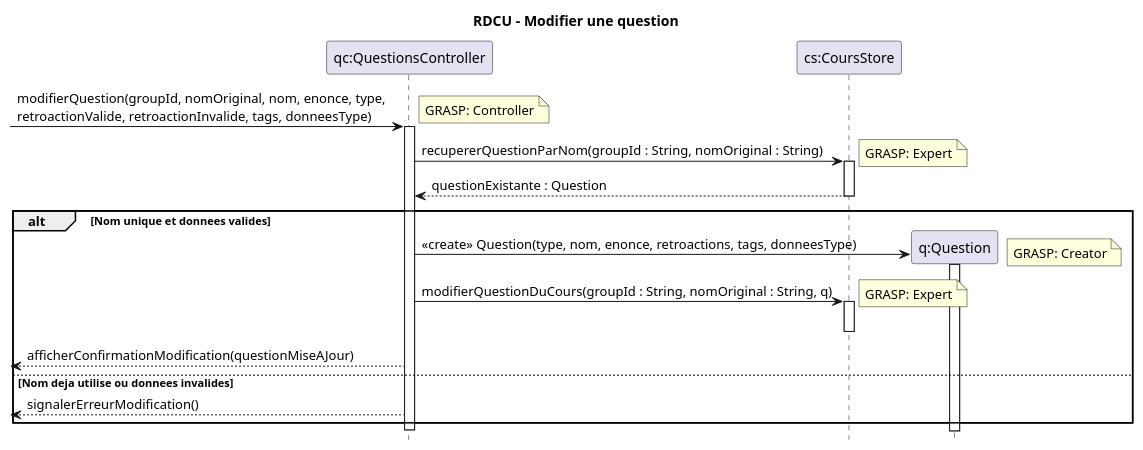
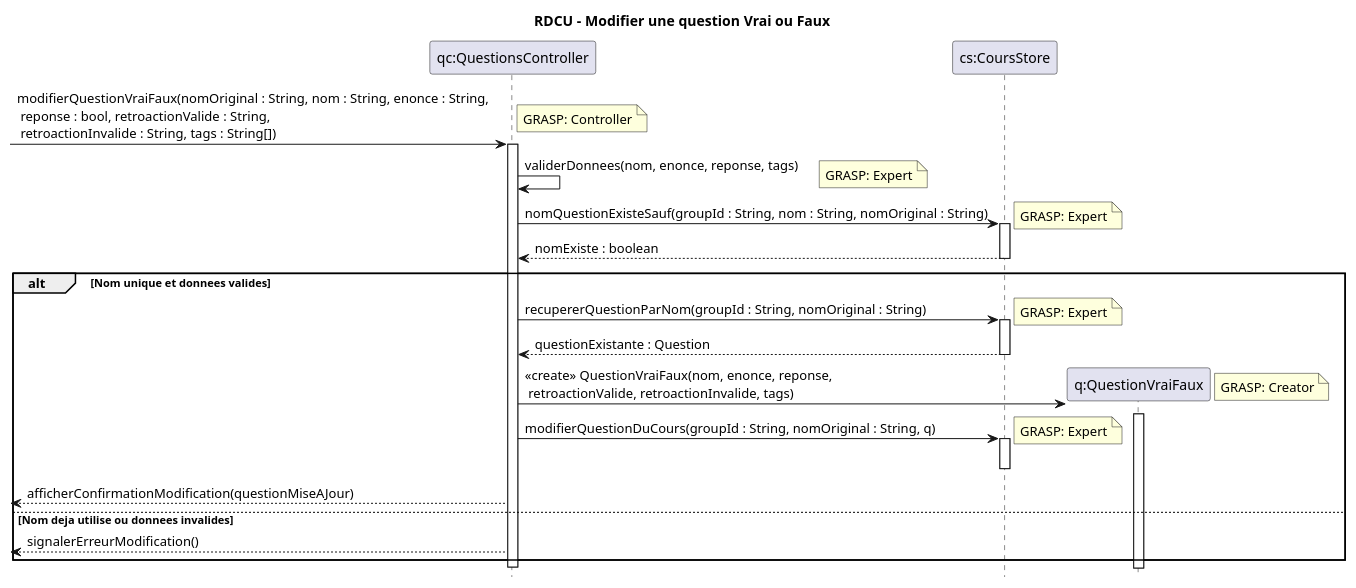
Before and after one commit to xMrYahya/moodle-clone: the diagram in docs/modeles/cu02/rdcu-modifier-question.puml, drawn with PlantUML. The commit also changed 1 other file, not shown here.

Commit message:
Mise à jour des RDCU Modifier et Supprimer Question

```diff
--- a/docs/modeles/cu02/rdcu-modifier-question.puml
+++ b/docs/modeles/cu02/rdcu-modifier-question.puml
@@ -1,38 +1,47 @@
 @startuml
 hide footbox
-title RDCU – Modifier une question
+title RDCU – Modifier une question Vrai ou Faux
 
 participant "qc:QuestionsController" as QC
 participant "cs:CoursStore" as CS
-participant "q:Question" as Q
+participant "q:QuestionVraiFaux" as Q
 
--> QC : modifierQuestion(groupId, nomOriginal, nom, enonce, type,\nretroactionValide, retroactionInvalide, tags, donneesType)
+-> QC : modifierQuestionVraiFaux(nomOriginal : String, nom : String, enonce : String,\n reponse : bool, retroactionValide : String,\n retroactionInvalide : String, tags : String[])
 note right: GRASP: Controller
 activate QC
 
-QC -> CS : recupererQuestionParNom(groupId : String, nomOriginal : String)
+QC -> QC : validerDonnees(nom, enonce, reponse, tags)
+note right: GRASP: Expert
+
+QC -> CS : nomQuestionExisteSauf(groupId : String, nom : String, nomOriginal : String)
 note right: GRASP: Expert
 activate CS
-CS --> QC : questionExistante : Question
+CS --> QC : nomExiste : boolean
 deactivate CS
 
 alt Nom unique et donnees valides
+  QC -> CS : recupererQuestionParNom(groupId : String, nomOriginal : String)
+  note right: GRASP: Expert
+  activate CS
+  CS --> QC : questionExistante : Question
+  deactivate CS
+
   create Q
-  QC -> Q : <<create>> Question(type, nom, enonce, retroactions, tags, donneesType)
+  QC -> Q : <<create>> QuestionVraiFaux(nom, enonce, reponse,\n retroactionValide, retroactionInvalide, tags)
   note right: GRASP: Creator
   activate Q
   deactivate Q
 
   QC -> CS : modifierQuestionDuCours(groupId : String, nomOriginal : String, q)
   note right: GRASP: Expert
   activate CS
   deactivate CS
 
   <-- QC : afficherConfirmationModification(questionMiseAJour)
 else Nom deja utilise ou donnees invalides
   <-- QC : signalerErreurModification()
 end
 
 deactivate QC
 
 @enduml
```
